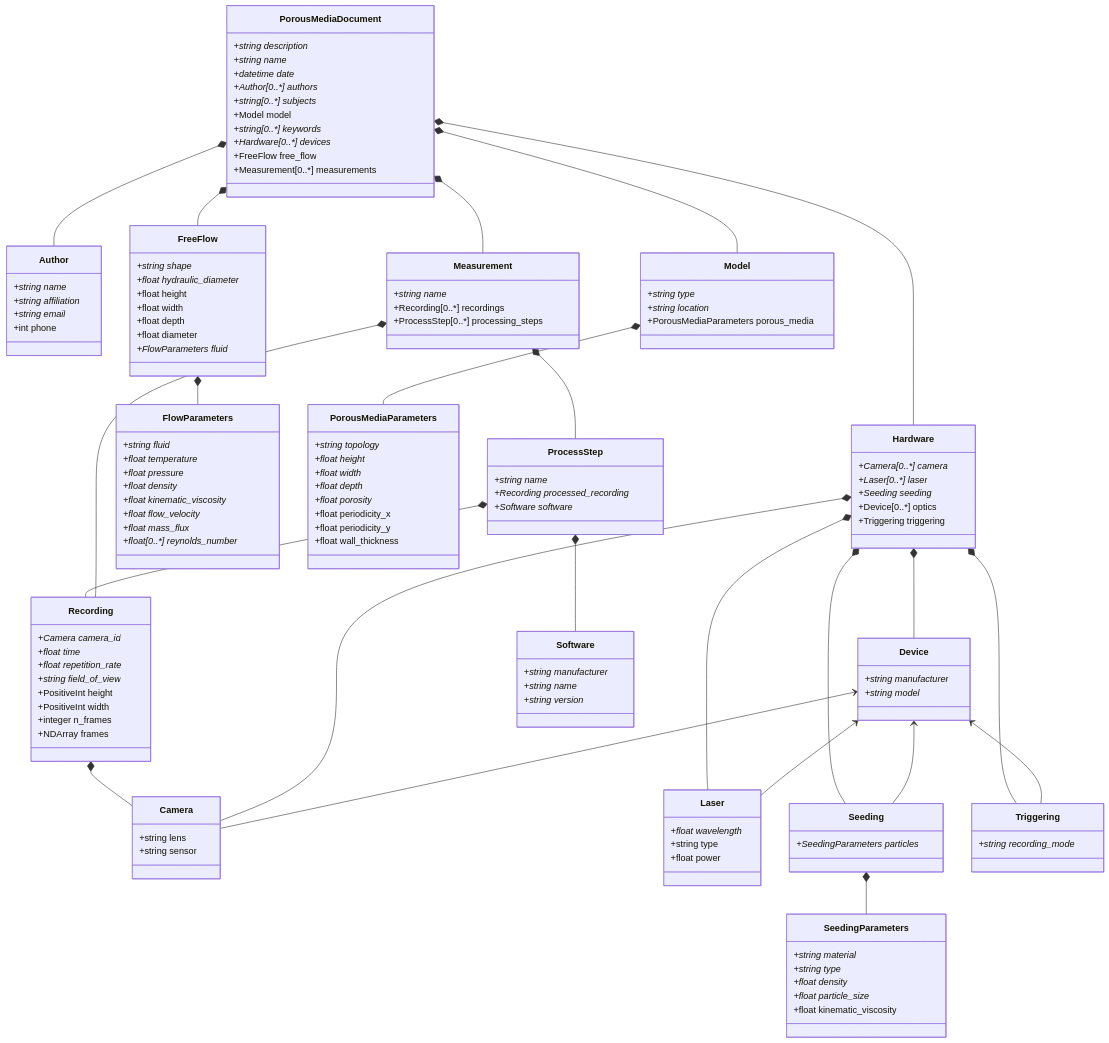
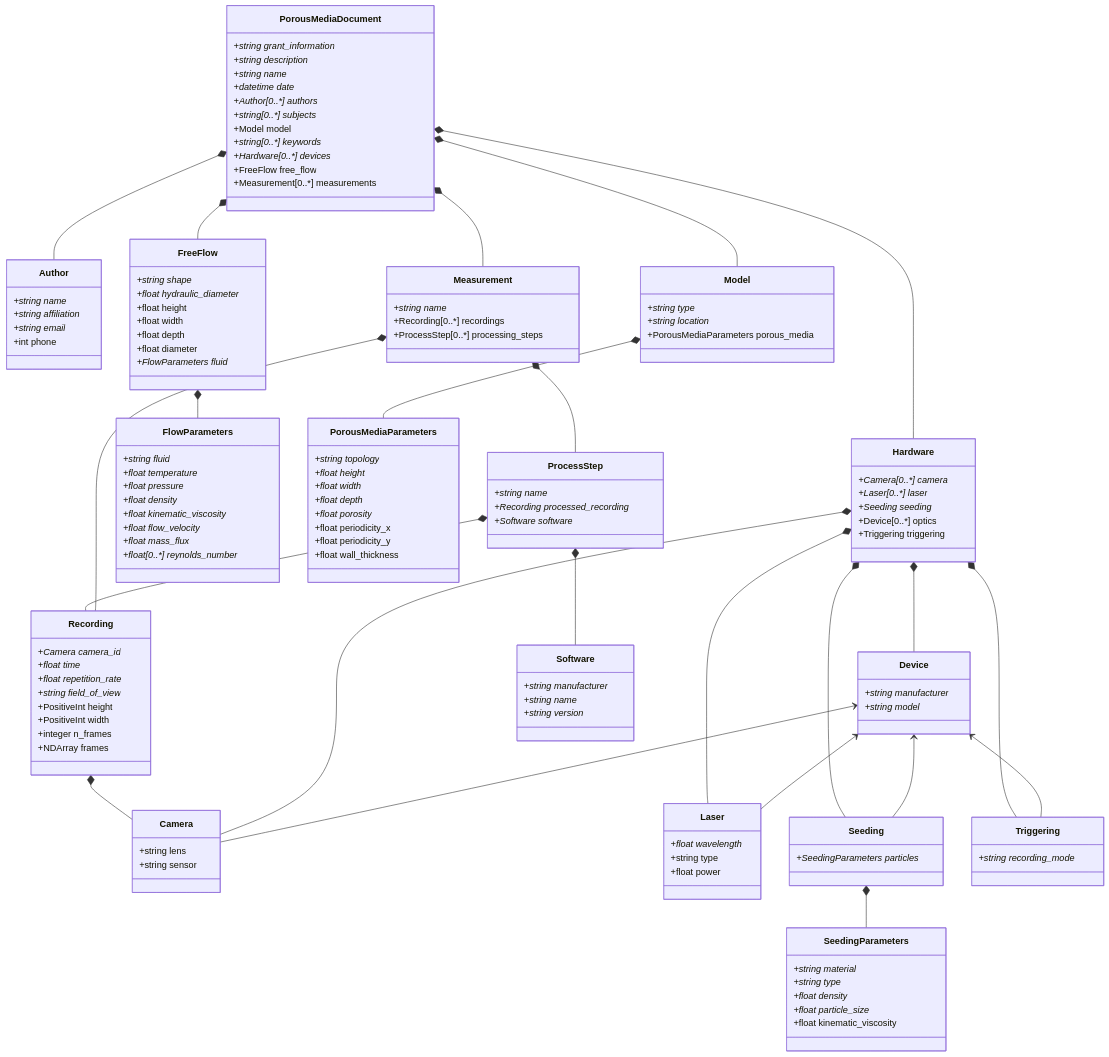
The diagram in PorousPy/schemes/porouspy_schema.md (SimTech-Research-Data-Management/porous-media-flow-model), drawn with Mermaid before and after one commit. The commit also changed 18 other files, not shown here.

```diff
--- a/PorousPy/schemes/porouspy_schema.md
+++ b/PorousPy/schemes/porouspy_schema.md
@@ -24,6 +24,7 @@
     Recording *-- Camera
     
     class PorousMediaDocument {
+        +string grant_information*
         +string description*
         +string name*
         +datetime date*
```
